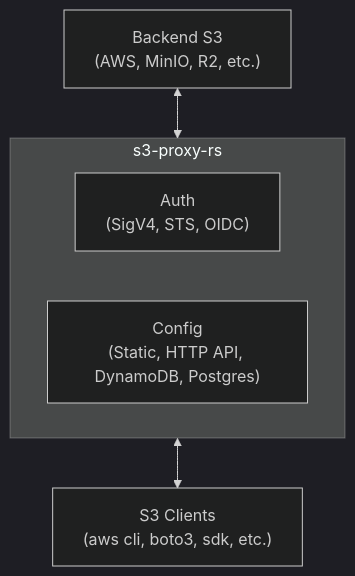
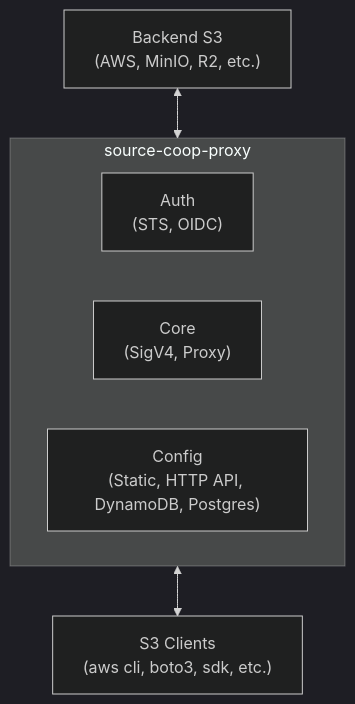
The diagram in README.md (source-cooperative/data.source.coop), drawn with Mermaid (dark theme) before and after one commit. The commit also changed other lines of this file and 37 other files, not shown here.

````diff
--- a/README.md
+++ b/README.md
@@ -7,15 +7,16 @@
 ```mermaid
 flowchart
     Clients["S3 Clients<br />(aws cli, boto3, sdk, etc.)"]
 
-    subgraph Proxy["s3-proxy-rs"]
-        Auth["Auth<br />(SigV4, STS, OIDC)"]
+    subgraph Proxy["source-coop-proxy"]
+        Auth["Auth<br />(STS, OIDC)"]
+        Core["Core<br />(SigV4, Proxy)"]
         Config["Config<br />(Static, HTTP API, DynamoDB, Postgres)"]
     end
 
     Backend["Backend S3<br />(AWS, MinIO, R2, etc.)"]
     
     Proxy <--> Clients
     Backend <--> Proxy
 
 ```
````
